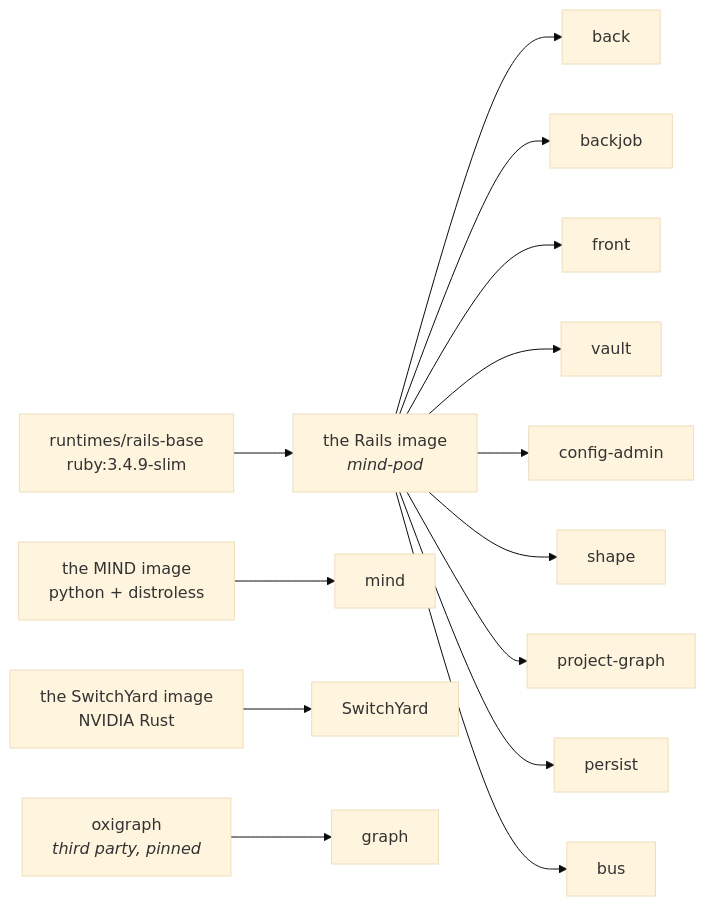
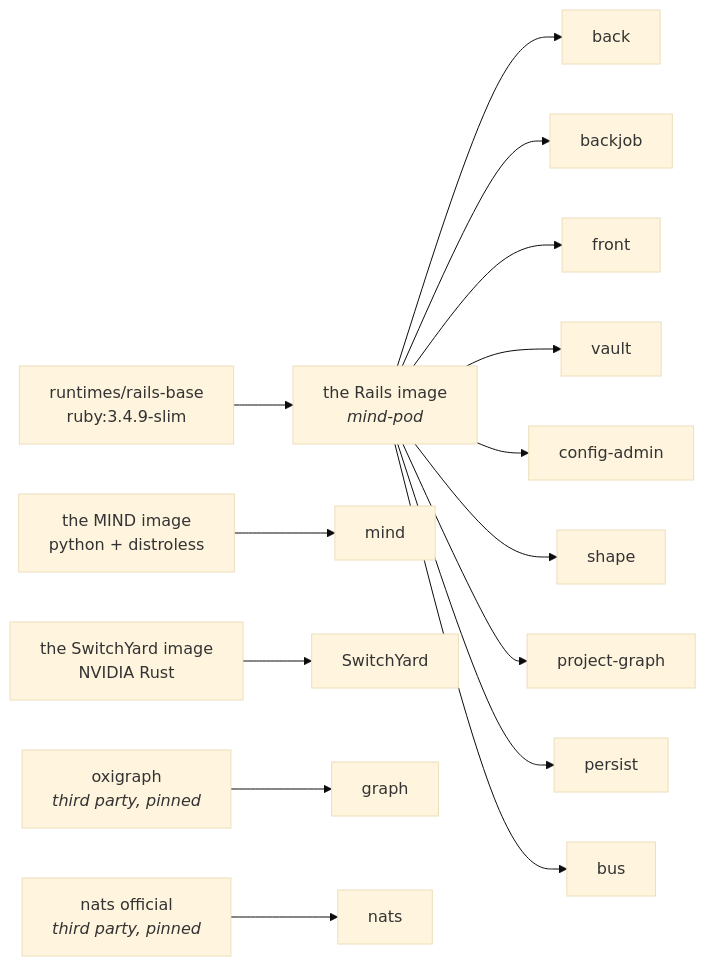
One commit to laquereric/magentic-stack changed the third of 6 diagrams in docs/architecture/ContainerTopology.md. Above: the diagram before and after it, drawn with Mermaid (base theme). The commit also changed other lines of this file and 43 other files, not shown here.

````diff
--- a/docs/architecture/ContainerTopology.md
+++ b/docs/architecture/ContainerTopology.md
@@ -135,16 +140,17 @@
 ```mermaid
 graph LR
   RB["runtimes/rails-base<br/>ruby:3.4.9-slim"] --> APP["the Rails image<br/><i>mind-pod</i>"]
   APP --> R1[back]
   APP --> R2[backjob]
   APP --> R3[front]
   APP --> R4[vault]
   APP --> R5[config-admin]
   APP --> R6[shape]
   APP --> R7[project-graph]
   APP --> R8[persist]
   APP --> R9[bus]
   PY["the MIND image<br/>python + distroless"] --> M[mind]
   RS["the SwitchYard image<br/>NVIDIA Rust"] --> S[SwitchYard]
   OX["oxigraph<br/><i>third party, pinned</i>"] --> G[graph]
+  NATSIMG["nats official<br/><i>third party, pinned</i>"] --> N[nats]
 ```
````
